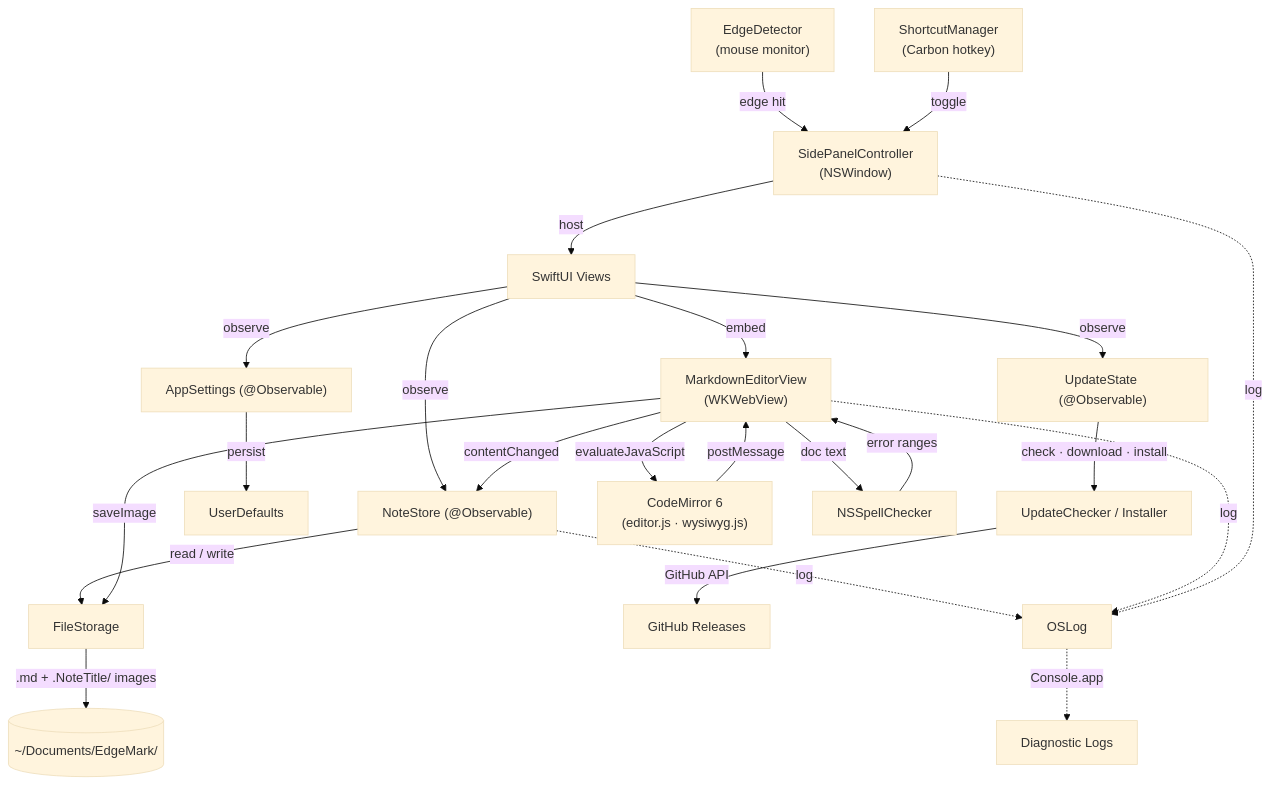
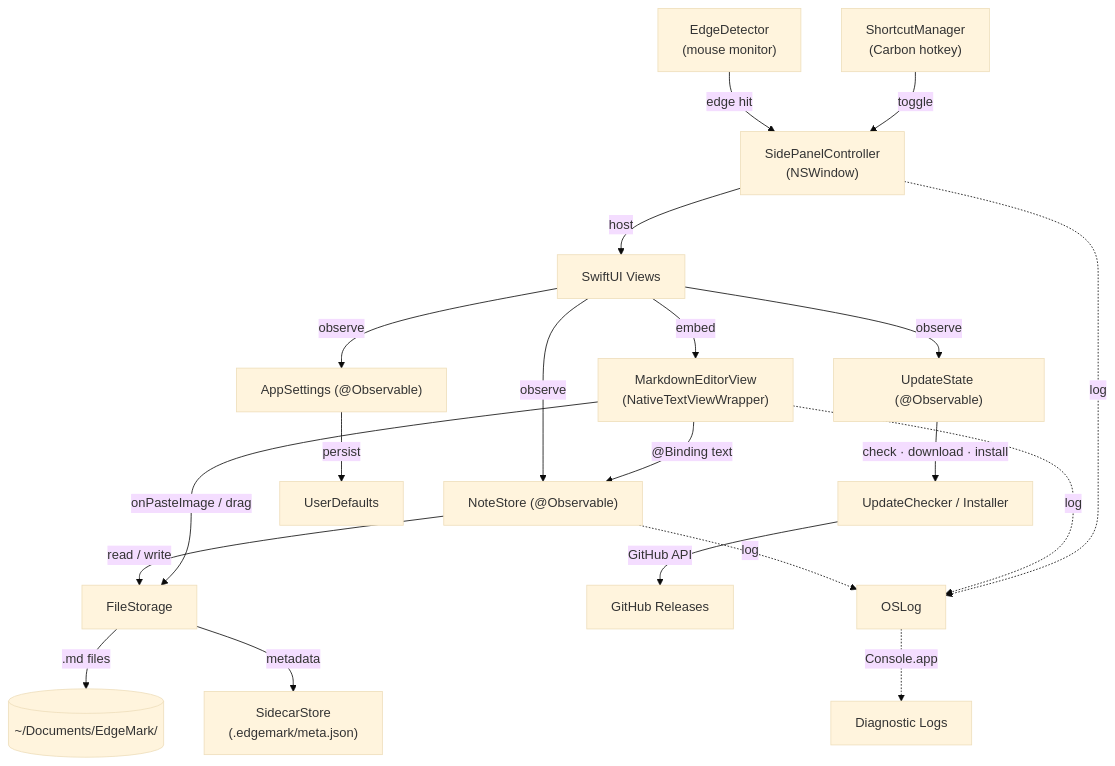
One commit to zcyisiee/Tearoff changed the diagram in CONTRIBUTING.md. Above: the diagram before and after it, drawn with Mermaid (base theme). The commit also changed other lines of this file, not shown here.

````diff
--- a/CONTRIBUTING.md
+++ b/CONTRIBUTING.md
@@ -17,30 +17,27 @@
 ```mermaid
 graph TD
     EM["EdgeDetector<br/>(mouse monitor)"] -->|"edge hit"| SP["SidePanelController<br/>(NSWindow)"]
     HK["ShortcutManager<br/>(Carbon hotkey)"] -->|"toggle"| SP
     SP -->|"host"| SUI["SwiftUI Views"]
 
     SUI -->|"observe"| NS["NoteStore (@Observable)"]
     NS -->|"read / write"| FS["FileStorage"]
-    FS -->|".md + .NoteTitle/ images"| Disk[("~/Documents/EdgeMark/")]
+    FS -->|".md files"| Disk[("~/Documents/EdgeMark/")]
+    FS -->|"metadata"| SC["SidecarStore<br/>(.edgemark/meta.json)"]
 
     SUI -->|"observe"| AS["AppSettings (@Observable)"]
     AS -->|"persist"| UD["UserDefaults"]
 
     SUI -->|"observe"| US["UpdateState (@Observable)"]
     US -->|"check · download · install"| UC["UpdateChecker / Installer"]
     UC -->|"GitHub API"| GH["GitHub Releases"]
 
-    SUI -->|"embed"| ED["MarkdownEditorView<br/>(WKWebView)"]
-    ED -->|"evaluateJavaScript"| CM["CodeMirror 6<br/>(editor.js · wysiwyg.js)"]
-    CM -->|"postMessage"| ED
-    ED -->|"contentChanged"| NS
-    ED -->|"saveImage"| FS
-    ED -->|"doc text"| SC["NSSpellChecker"]
-    SC -->|"error ranges"| ED
+    SUI -->|"embed"| ED["MarkdownEditorView<br/>(NativeTextViewWrapper)"]
+    ED -->|"@Binding text"| NS
+    ED -->|"onPasteImage / drag"| FS
 
     NS -.->|"log"| Log["OSLog"]
     ED -.->|"log"| Log
     SP -.->|"log"| Log
     Log -.->|"Console.app"| CA["Diagnostic Logs"]
 ```
````
